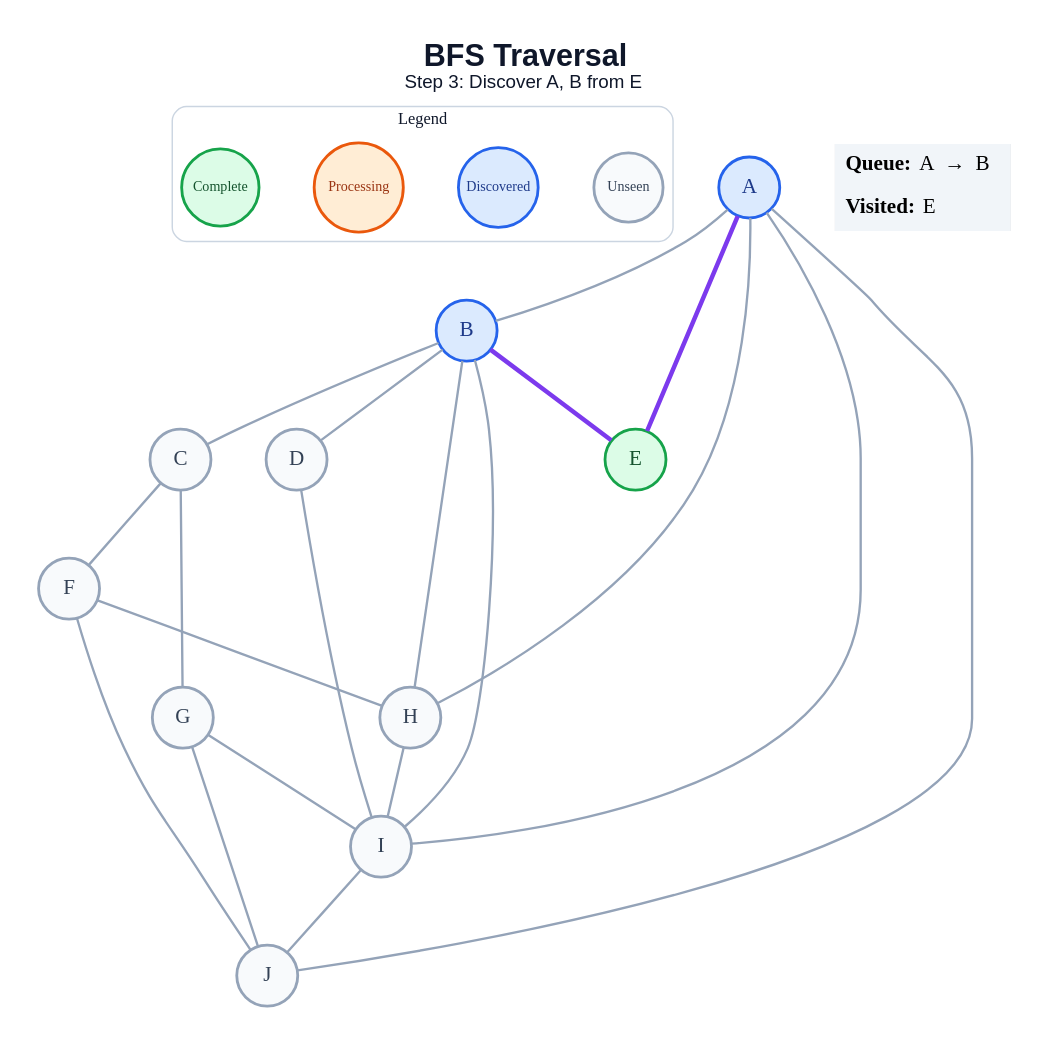
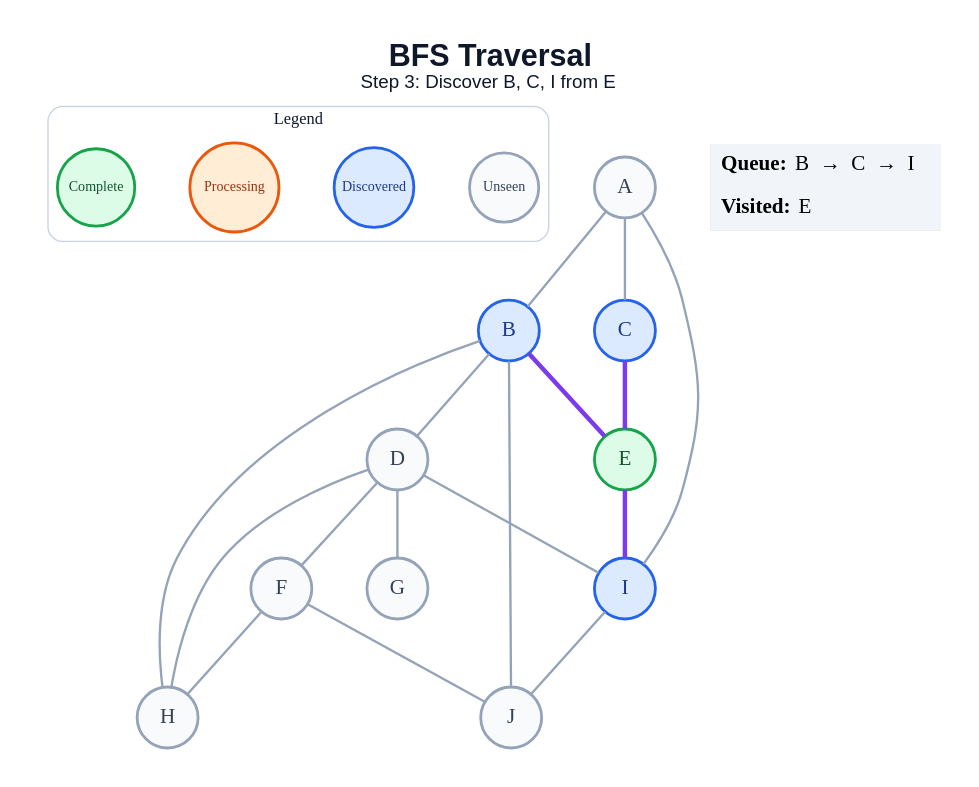
The diagram in generated/specific-node/bfs/step_03.dot (amanghodawala9/ai-slop), drawn with Graphviz before and after one commit. The commit also changed 178 other files, not shown here.

```diff
--- a/generated/specific-node/bfs/step_03.dot
+++ b/generated/specific-node/bfs/step_03.dot
@@ -1,48 +1,45 @@
 graph traversal {
   graph [layout=dot, rankdir=TB, bgcolor="#FFFFFF", pad="0.35", nodesep="0.65", ranksep="0.8", fontname="Arial"];
   node [shape=circle, style="filled", fontname="Arial Bold", fontsize=18, width=0.72, fixedsize=true, penwidth=2.4];
   edge [color="#94A3B8", penwidth=2.0];
-  label=<<B>BFS Traversal</B><BR/><FONT POINT-SIZE="16">Step 3: Discover A, B from E</FONT>>; labelloc="t"; fontsize=26; fontname="Arial"; fontcolor="#0F172A";
+  label=<<B>BFS Traversal</B><BR/><FONT POINT-SIZE="16">Step 3: Discover B, C, I from E</FONT>>; labelloc="t"; fontsize=26; fontname="Arial"; fontcolor="#0F172A";
   subgraph cluster_legend { label="Legend"; color="#CBD5E1"; penwidth=1.2; style="rounded"; fontsize=14; fontname="Arial Bold";
     key_unseen [label="Unseen", fillcolor="#F8FAFC", color="#94A3B8", fontcolor="#334155", fontsize=12, width=0.82];
     key_frontier [label="Discovered", fillcolor="#DBEAFE", color="#2563EB", fontcolor="#1E3A8A", fontsize=12, width=0.95];
     key_current [label="Processing", fillcolor="#FFEDD5", color="#EA580C", fontcolor="#9A3412", fontsize=12, width=1.05];
     key_done [label="Complete", fillcolor="#DCFCE7", color="#16A34A", fontcolor="#14532D", fontsize=12, width=0.92];
     { rank=same; key_unseen; key_frontier; key_current; key_done; }
   }
-  A [fillcolor="#DBEAFE", color="#2563EB", fontcolor="#1E3A8A"];
+  A [fillcolor="#F8FAFC", color="#94A3B8", fontcolor="#334155"];
   B [fillcolor="#DBEAFE", color="#2563EB", fontcolor="#1E3A8A"];
-  C [fillcolor="#F8FAFC", color="#94A3B8", fontcolor="#334155"];
+  C [fillcolor="#DBEAFE", color="#2563EB", fontcolor="#1E3A8A"];
   D [fillcolor="#F8FAFC", color="#94A3B8", fontcolor="#334155"];
   E [fillcolor="#DCFCE7", color="#16A34A", fontcolor="#14532D"];
   F [fillcolor="#F8FAFC", color="#94A3B8", fontcolor="#334155"];
   G [fillcolor="#F8FAFC", color="#94A3B8", fontcolor="#334155"];
   H [fillcolor="#F8FAFC", color="#94A3B8", fontcolor="#334155"];
-  I [fillcolor="#F8FAFC", color="#94A3B8", fontcolor="#334155"];
+  I [fillcolor="#DBEAFE", color="#2563EB", fontcolor="#1E3A8A"];
   J [fillcolor="#F8FAFC", color="#94A3B8", fontcolor="#334155"];
   A -- B;
-  A -- E [color="#7C3AED", penwidth=3.8];
-  A -- H;
+  A -- C;
   A -- I;
-  A -- J;
-  B -- C;
   B -- D;
   B -- E [color="#7C3AED", penwidth=3.8];
   B -- H;
-  B -- I;
-  C -- F;
-  C -- G;
+  B -- J;
+  C -- E [color="#7C3AED", penwidth=3.8];
+  D -- F;
+  D -- G;
+  D -- H;
   D -- I;
+  E -- I [color="#7C3AED", penwidth=3.8];
   F -- H;
   F -- J;
-  G -- I;
-  G -- J;
-  H -- I;
   I -- J;
   status [shape=plain, fixedsize=false, width=0, height=0, margin=0, label=<
     <TABLE BORDER="0" CELLBORDER="0" CELLPADDING="7" BGCOLOR="#F1F5F9">
-      <TR><TD ALIGN="LEFT"><B>Queue:</B> A  →  B</TD></TR>
+      <TR><TD ALIGN="LEFT"><B>Queue:</B> B  →  C  →  I</TD></TR>
       <TR><TD ALIGN="LEFT"><B>Visited:</B> E</TD></TR>
     </TABLE>
   >];
 }
```
